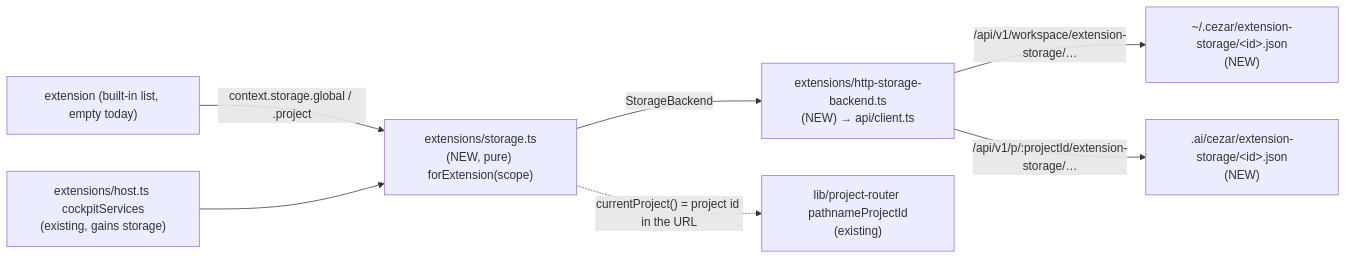
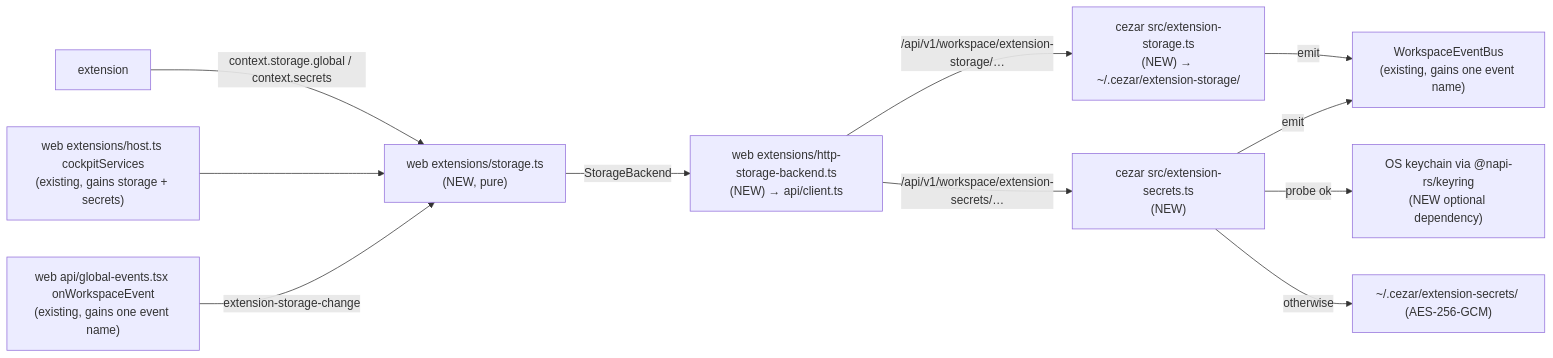
The diagram in .ai/specs/2026-09-19-extension-storage-api.md (DarrenStasiakDev4You/cezar-hackathon-ale-patryk-nazywa-go-brutusem), drawn with Mermaid before and after one commit. The commit also changed other lines of this file and 1 other file, not shown here.

Commit message:
docs(specs): apply owner decisions, split project storage into its own spec

````diff
--- a/.ai/specs/2026-09-19-extension-storage-api.md
+++ b/.ai/specs/2026-09-19-extension-storage-api.md
@@ -150,9 +147,12 @@
 ```mermaid
 flowchart LR
-  ext["extension (built-in list, empty today)"] -->|"context.storage.global / .project"| svc["extensions/storage.ts<br/>(NEW, pure) forExtension(scope)"]
-  host["extensions/host.ts cockpitServices<br/>(existing, gains storage)"] --> svc
-  svc -->|"StorageBackend"| http["extensions/http-storage-backend.ts<br/>(NEW) → api/client.ts"]
-  svc -.->|"currentProject() = project id in the URL"| url["lib/project-router pathnameProjectId<br/>(existing)"]
-  http -->|"/api/v1/workspace/extension-storage/…"| g["~/.cezar/extension-storage/&lt;id&gt;.json<br/>(NEW)"]
-  http -->|"/api/v1/p/:projectId/extension-storage/…"| p[".ai/cezar/extension-storage/&lt;id&gt;.json<br/>(NEW)"]
+  ext["extension"] -->|"context.storage.global / context.secrets"| svc["web extensions/storage.ts<br/>(NEW, pure)"]
+  host["web extensions/host.ts cockpitServices<br/>(existing, gains storage + secrets)"] --> svc
+  svc -->|"StorageBackend"| http["web extensions/http-storage-backend.ts<br/>(NEW) → api/client.ts"]
+  sse["web api/global-events.tsx onWorkspaceEvent<br/>(existing, gains one event name)"] -->|"extension-storage-change"| svc
+  http -->|"/api/v1/workspace/extension-storage/…"| store["cezar src/extension-storage.ts<br/>(NEW) → ~/.cezar/extension-storage/"]
+  http -->|"/api/v1/workspace/extension-secrets/…"| sec["cezar src/extension-secrets.ts<br/>(NEW)"]
+  sec -->|"probe ok"| kc["OS keychain via @napi-rs/keyring<br/>(NEW optional dependency)"]
+  sec -->|"otherwise"| enc["~/.cezar/extension-secrets/ (AES-256-GCM)"]
+  store & sec -->|"emit"| bus["WorkspaceEventBus<br/>(existing, gains one event name)"]
 ```
````
